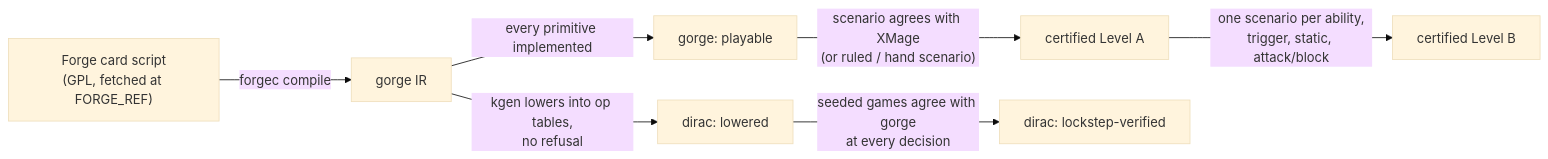
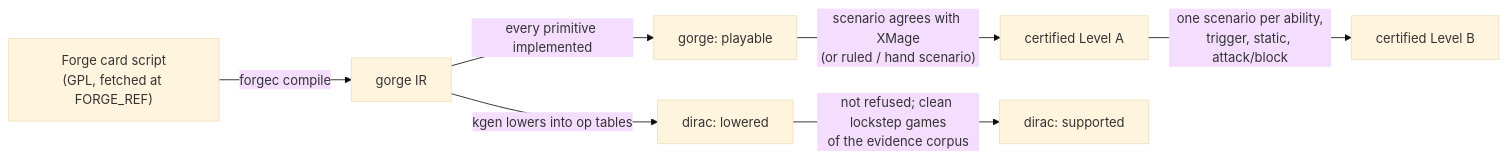
Before and after one commit to adams-shaun/gorge: the diagram in docs/site/support/sets.md, drawn with Mermaid (base theme). The commit also changed other lines of this file and 2 other files, not shown here.

First line of the commit message:
docs(support): supported is the headline for dirac, and a clone can refresh its figures

````diff
--- a/docs/site/support/sets.md
+++ b/docs/site/support/sets.md
@@ -46,9 +44,9 @@
 ```mermaid
 flowchart LR
   F["Forge card script<br/>(GPL, fetched at FORGE_REF)"] -->|forgec compile| IR["gorge IR"]
   IR -->|every primitive implemented| P["gorge: playable"]
   P -->|"scenario agrees with XMage<br/>(or ruled / hand scenario)"| A["certified Level A"]
   A -->|"one scenario per ability,<br/>trigger, static, attack/block"| B["certified Level B"]
-  IR -->|"kgen lowers into op tables,<br/>no refusal"| K["dirac: lowered"]
-  K -->|"seeded games agree with gorge<br/>at every decision"| L["dirac: lockstep-verified"]
+  IR -->|"kgen lowers into op tables"| K["dirac: lowered"]
+  K -->|"not refused; clean lockstep games<br/>of the evidence corpus"| L["dirac: supported"]
 ```
````
